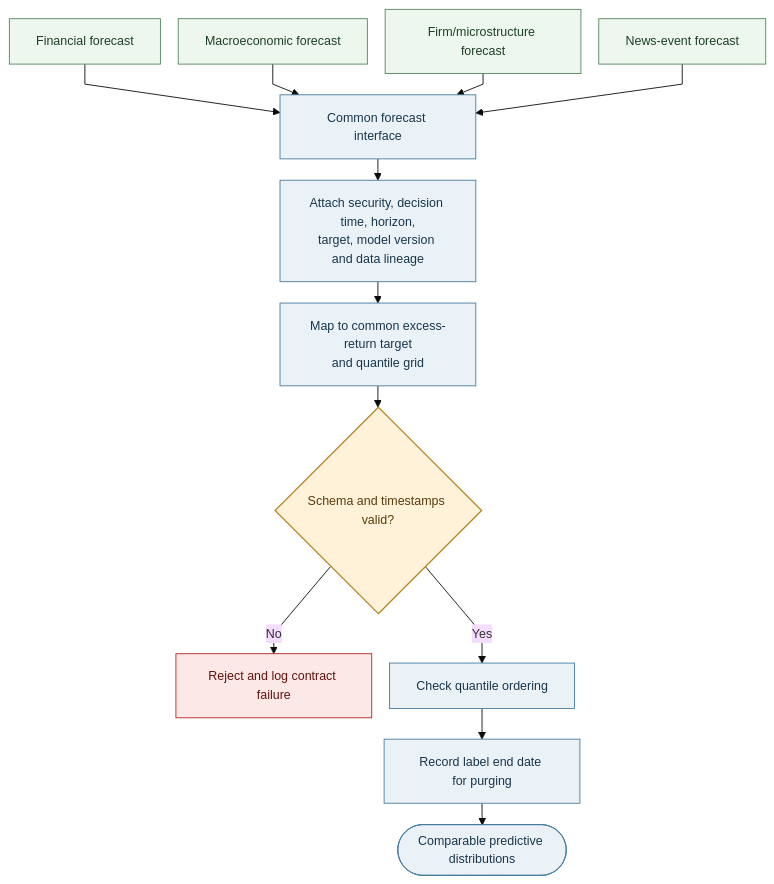
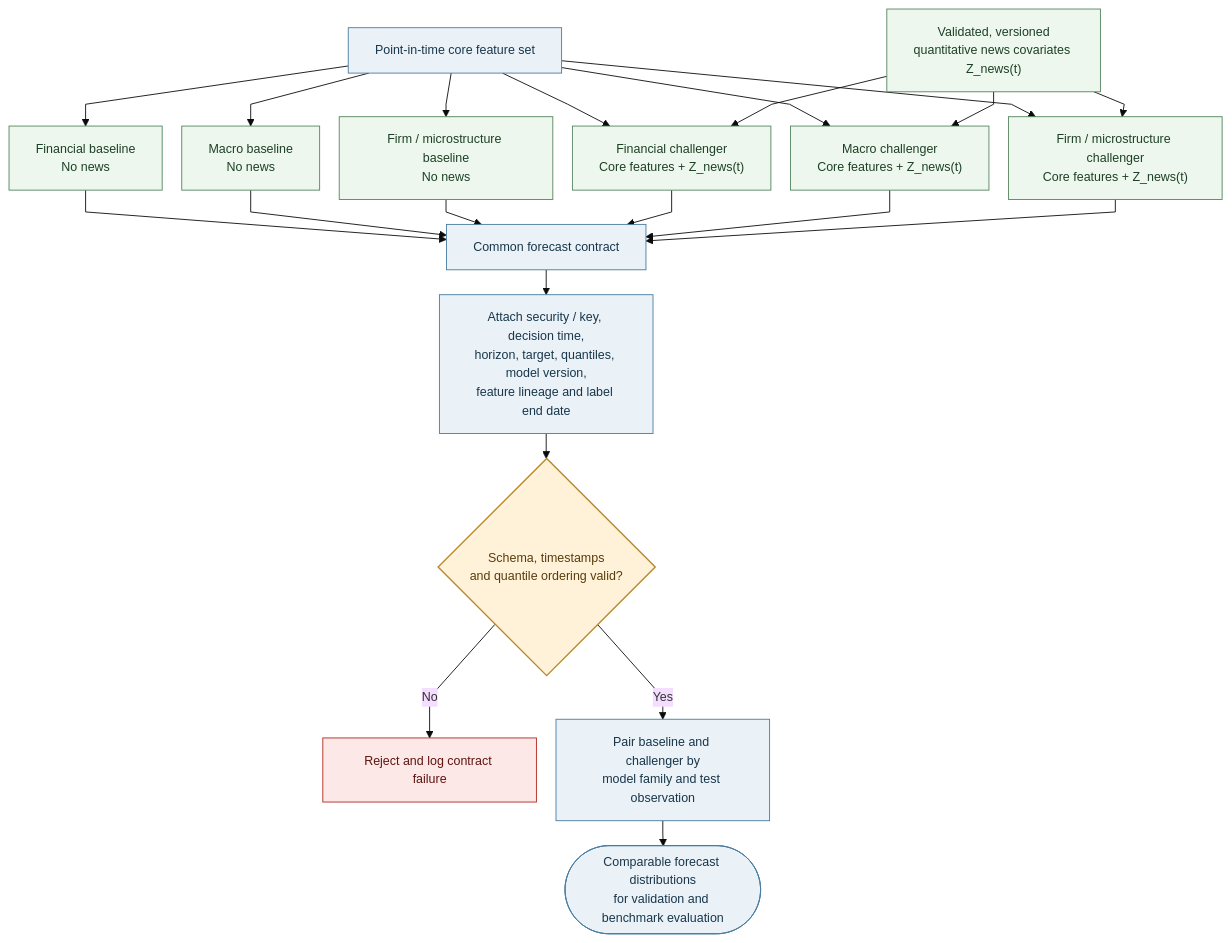
Before and after one commit to dannysilverio6-creator/AQP---LSEG: the seventh of 17 diagrams in docs/AQP OVERVIEW.md, drawn with Mermaid. The commit also changed other lines of this file, not shown here.

````diff
--- a/docs/AQP OVERVIEW.md
+++ b/docs/AQP OVERVIEW.md
@@ -330,23 +459,33 @@
 ```mermaid
-%%{init: {"theme": "base", "flowchart": {"nodeSpacing": 20, "rankSpacing": 24, "wrappingWidth": 160, "diagramPadding": 24, "curve": "linear"}, "themeVariables": {"fontSize": "14px"}}}%%
+%%{init: {"theme": "base", "flowchart": {"nodeSpacing": 22, "rankSpacing": 28, "wrappingWidth": 180, "diagramPadding": 18, "curve": "linear"}, "themeVariables": {"fontSize": "14px"}}}%%
 flowchart TB
-    A[Financial forecast] --> F["Common forecast interface"]
-    B[Macroeconomic forecast] --> F
-    C[Firm/microstructure forecast] --> F
-    D[News-event forecast] --> F
-    F --> G["Attach security, decision time, horizon,<br/>target, model version and data lineage"]
-    G --> H["Map to common excess-return target<br/>and quantile grid"]
-    H --> I{Schema and timestamps valid?}
-    I -->|No| X[Reject and log contract failure]
-    I -->|Yes| J[Check quantile ordering]
-    J --> K[Record label end date for purging]
-    K --> L([Comparable predictive distributions])
+    CORE["Point-in-time core feature set"] --> F0["Financial baseline<br/>No news"]
+    CORE --> M0["Macro baseline<br/>No news"]
+    CORE --> U0["Firm / microstructure baseline<br/>No news"]
+    CORE --> F1["Financial challenger<br/>Core features + Z_news(t)"]
+    CORE --> M1["Macro challenger<br/>Core features + Z_news(t)"]
+    CORE --> U1["Firm / microstructure challenger<br/>Core features + Z_news(t)"]
+    NEWS["Validated, versioned<br/>quantitative news covariates Z_news(t)"] --> F1
+    NEWS --> M1
+    NEWS --> U1
+    F0 --> CONTRACT["Common forecast contract"]
+    M0 --> CONTRACT
+    U0 --> CONTRACT
+    F1 --> CONTRACT
+    M1 --> CONTRACT
+    U1 --> CONTRACT
+    CONTRACT --> META["Attach security / key, decision time,<br/>horizon, target, quantiles, model version,<br/>feature lineage and label end date"]
+    META --> CHECK{Schema, timestamps<br/>and quantile ordering valid?}
+    CHECK -->|No| REJECT["Reject and log contract failure"]
+    CHECK -->|Yes| PAIR["Pair baseline and challenger by<br/>model family and test observation"]
+    PAIR --> OUT([Comparable forecast distributions<br/>for validation and benchmark evaluation])
     classDef model fill:#edf7ed,stroke:#54845e,color:#1d4026;
     classDef process fill:#eaf2f8,stroke:#477b9e,color:#19364a;
     classDef gate fill:#fff2d9,stroke:#b9862b,color:#593c0c,stroke-width:1.5px;
     classDef stop fill:#fce8e6,stroke:#b3261e,color:#5f1410;
-    class A,B,C,D model;
-    class F,G,H,J,K,L process;
-    class I gate;
-    class X stop;
+    class F0,M0,U0 model;
+    class F1,M1,U1,NEWS model;
+    class CORE,CONTRACT,META,PAIR,OUT process;
+    class CHECK gate;
+    class REJECT stop;
 ```
````
